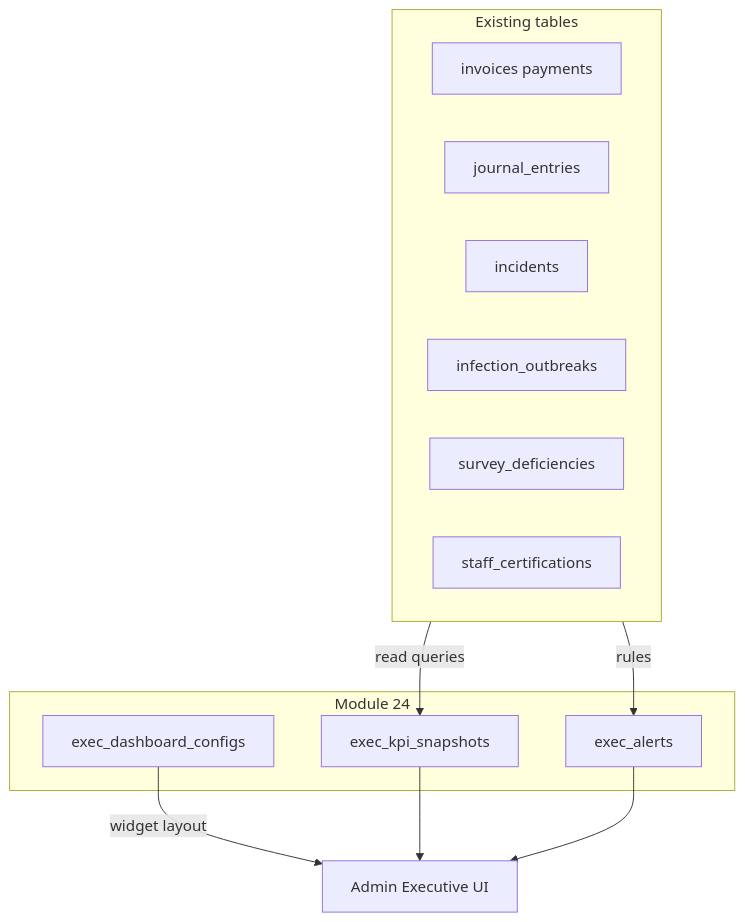
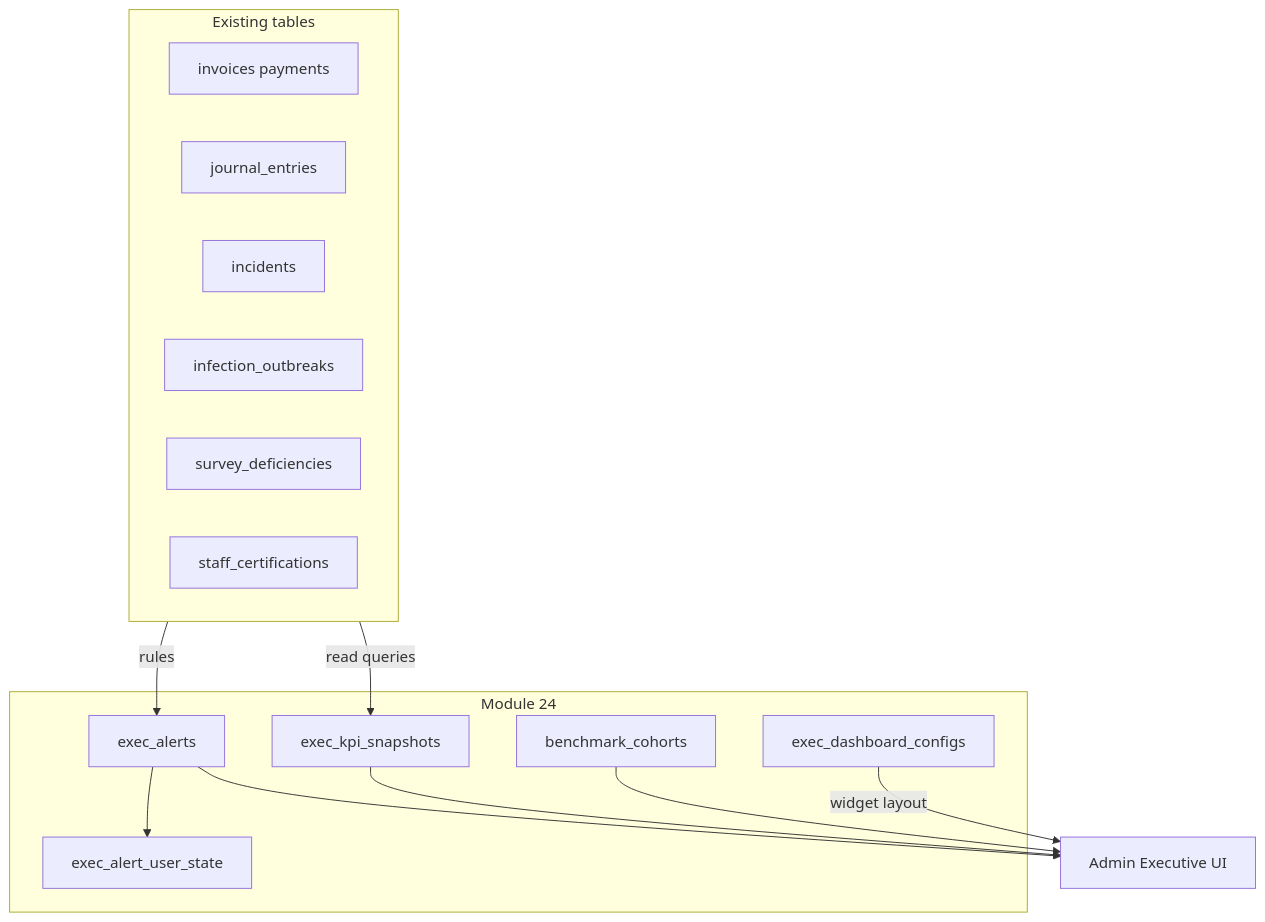
One commit to lewis4x4/Circle-of-Life changed the diagram in docs/specs/24-executive-intelligence.md. Above: the diagram before and after it, drawn with Mermaid. The commit also changed other lines of this file and 29 other files, not shown here.

First line of the commit message:
feat(db): phase 3.5 audit migrations and unified roadmap specs

````diff
--- a/docs/specs/24-executive-intelligence.md
+++ b/docs/specs/24-executive-intelligence.md
@@ -55,21 +58,25 @@
 ```mermaid
 flowchart TB
   subgraph sources [Existing tables]
     inv[invoices payments]
     je[journal_entries]
     inc[incidents]
     inf[infection_outbreaks]
     cmp[survey_deficiencies]
     stf[staff_certifications]
   end
   subgraph ei [Module 24]
     snap[exec_kpi_snapshots]
     alr[exec_alerts]
+    aus[exec_alert_user_state]
+    bench[benchmark_cohorts]
     cfg[exec_dashboard_configs]
   end
   sources -->|read queries| snap
   sources -->|rules| alr
   cfg -->|widget layout| UI[Admin Executive UI]
   snap --> UI
   alr --> UI
+  alr --> aus
+  bench --> UI
 ```
````
